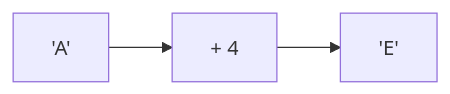
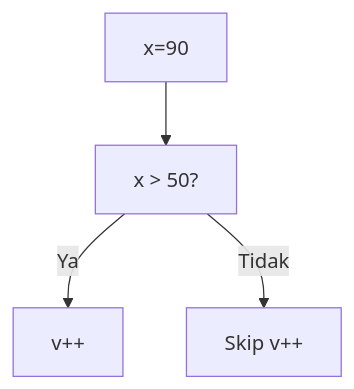
One commit to amnahwaida/OSNK_INF_PREP changed the first of 25 diagrams in part-c-pemahaman-cpp/02-percabangan/latihan/set-06.md. Above: the diagram before and after it, drawn with Mermaid. The commit also changed other lines of this file and 71 other files, not shown here.

````diff
--- a/part-c-pemahaman-cpp/02-percabangan/latihan/set-06.md
+++ b/part-c-pemahaman-cpp/02-percabangan/latihan/set-06.md
@@ -23,5 +21,6 @@
 ```mermaid
-graph LR
-A["'A'"] --> B["+ 4"]
-B --> C["'E'"]
+graph TD
+A["x=90"] --> B["x > 50?"]
+B -- Ya --> C["v++"]
+B -- Tidak --> D["Skip v++"]
 ```
````
